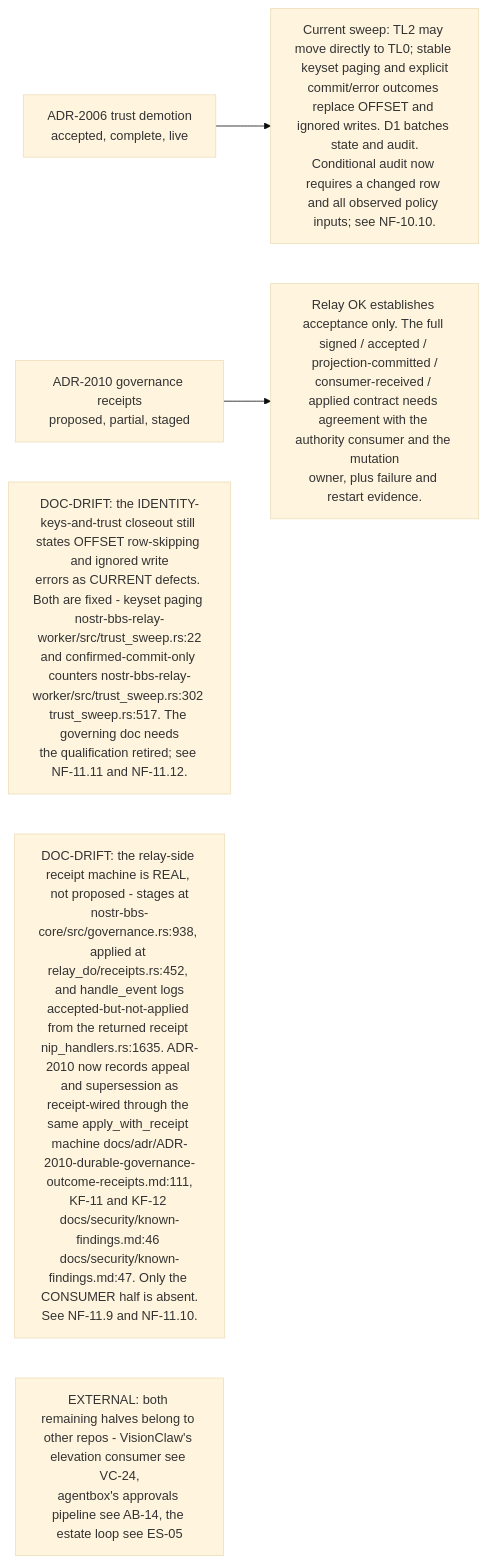
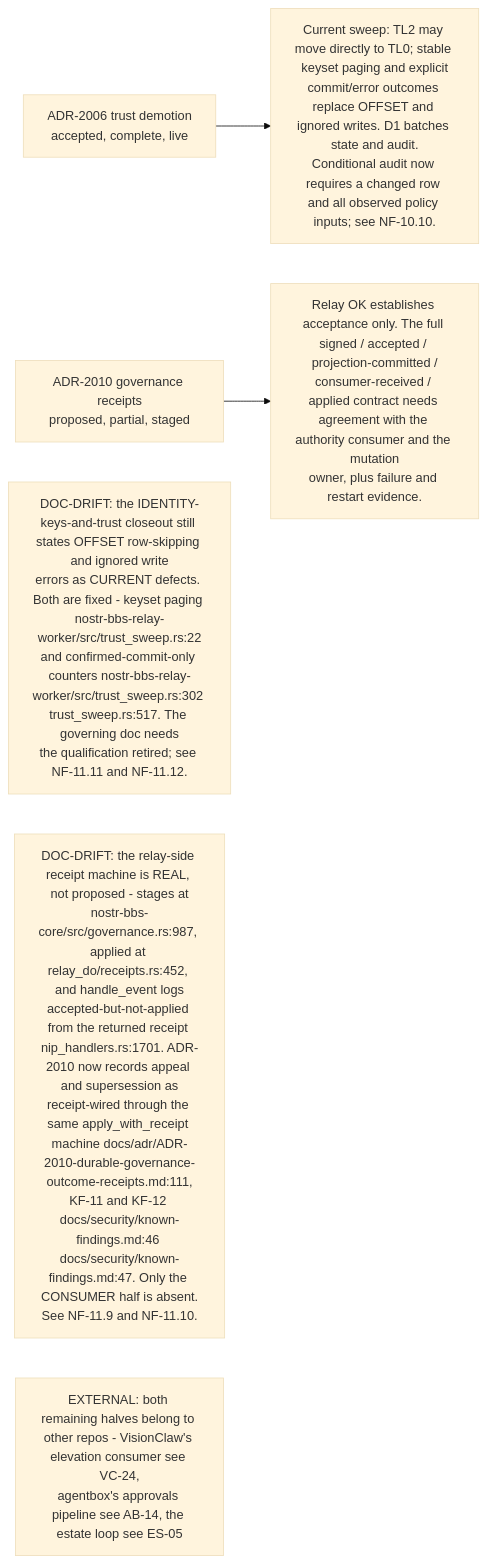
Before and after one commit to DreamLab-AI/VisionFlow: the seventh of 13 diagrams in docs/diagrams/nostr-rust-forum/10-invariants-and-anomaly-register.md, drawn with Mermaid (base theme). The commit also changed other lines of this file, not shown here.

First line of the commit message:
docs(diagrams): NF-10 register re-verified at nostr-rust-forum af4f0d5

````diff
--- a/docs/diagrams/nostr-rust-forum/10-invariants-and-anomaly-register.md
+++ b/docs/diagrams/nostr-rust-forum/10-invariants-and-anomaly-register.md
@@ -178,14 +203,14 @@
 ```mermaid
 flowchart LR
     A2006["ADR-2006 trust demotion<br/>accepted, complete, live"]
     Q2006["Current sweep: TL2 may move directly to TL0; stable keyset paging and explicit<br/>commit/error outcomes replace OFFSET and ignored writes. D1 batches state and audit.<br/>Conditional audit now requires a changed row and all observed policy inputs; see NF-10.10."]
     A2010["ADR-2010 governance receipts<br/>proposed, partial, staged"]
     Q2010["Relay OK establishes acceptance only. The full signed / accepted / projection-committed /<br/>consumer-received / applied contract needs agreement with the authority consumer and the mutation<br/>owner, plus failure and restart evidence."]
 
     A2006 --> Q2006
     A2010 --> Q2010
 
     N1["DOC-DRIFT: the IDENTITY-keys-and-trust closeout still states OFFSET row-skipping and ignored write<br/>errors as CURRENT defects. Both are fixed - keyset paging nostr-bbs-relay-worker/src/trust_sweep.rs:22<br/>and confirmed-commit-only counters nostr-bbs-relay-worker/src/trust_sweep.rs:302 trust_sweep.rs:517. The governing doc needs<br/>the qualification retired; see NF-11.11 and NF-11.12."]
-    N2["DOC-DRIFT: the relay-side receipt machine is REAL, not proposed - stages at<br/>nostr-bbs-core/src/governance.rs:938, applied at relay_do/receipts.rs:452, and handle_event logs<br/>accepted-but-not-applied from the returned receipt nip_handlers.rs:1635. ADR-2010 now records appeal and supersession as<br/>receipt-wired through the same apply_with_receipt machine docs/adr/ADR-2010-durable-governance-outcome-receipts.md:111,<br/>KF-11 and KF-12 docs/security/known-findings.md:46 docs/security/known-findings.md:47. Only the CONSUMER half is absent.<br/>See NF-11.9 and NF-11.10."]
+    N2["DOC-DRIFT: the relay-side receipt machine is REAL, not proposed - stages at<br/>nostr-bbs-core/src/governance.rs:987, applied at relay_do/receipts.rs:452, and handle_event logs<br/>accepted-but-not-applied from the returned receipt nip_handlers.rs:1701. ADR-2010 now records appeal and supersession as<br/>receipt-wired through the same apply_with_receipt machine docs/adr/ADR-2010-durable-governance-outcome-receipts.md:111,<br/>KF-11 and KF-12 docs/security/known-findings.md:46 docs/security/known-findings.md:47. Only the CONSUMER half is absent.<br/>See NF-11.9 and NF-11.10."]
     N3["EXTERNAL: both remaining halves belong to other repos - VisionClaw's elevation consumer see VC-24,<br/>agentbox's approvals pipeline see AB-14, the estate loop see ES-05"]
 ```
````
